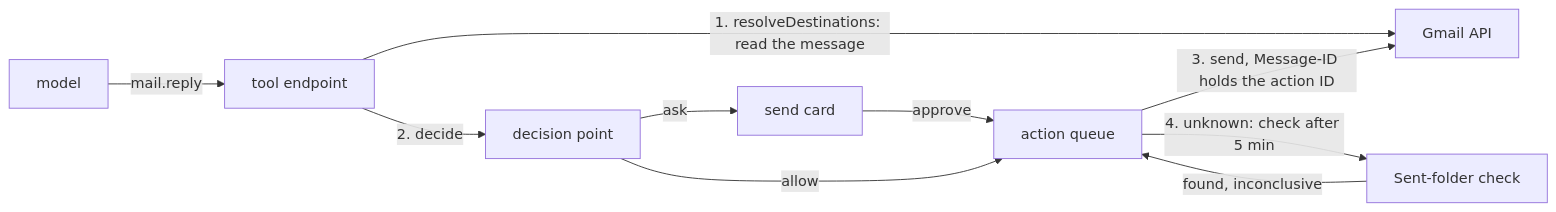
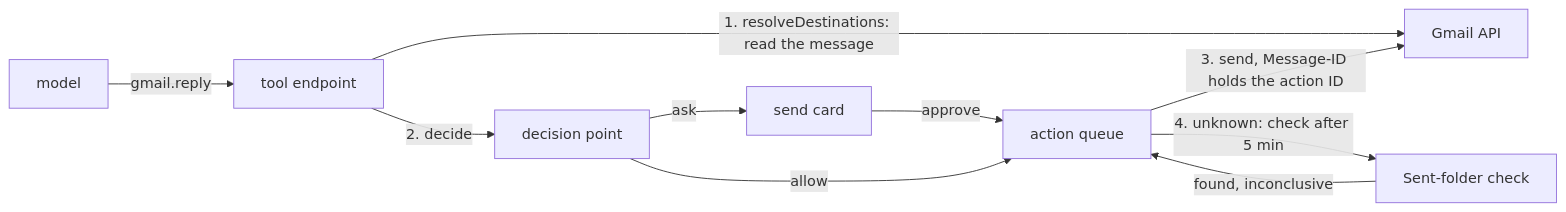
One commit to zgeoff/nixie changed the diagram in docs/design/queue/gmail-calendar-drive-tools.md. Above: the diagram before and after it, drawn with Mermaid. The commit also changed other lines of this file and 5 other files, not shown here.

````diff
--- a/docs/design/queue/gmail-calendar-drive-tools.md
+++ b/docs/design/queue/gmail-calendar-drive-tools.md
@@ -25,12 +25,12 @@
 ```mermaid
 flowchart LR
-  model[model] -->|"mail.reply"| endpoint[tool endpoint]
+  model[model] -->|"gmail.reply"| endpoint[tool endpoint]
   endpoint -->|"1. resolveDestinations: read the message"| gmail[Gmail API]
   endpoint -->|"2. decide"| dp[decision point]
   dp -->|ask| card[send card]
   card -->|approve| queue[action queue]
   dp -->|allow| queue
   queue -->|"3. send, Message-ID holds the action ID"| gmail
   queue -->|"4. unknown: check after 5 min"| sent[Sent-folder check]
   sent -->|"found, inconclusive"| queue
 ```
````
